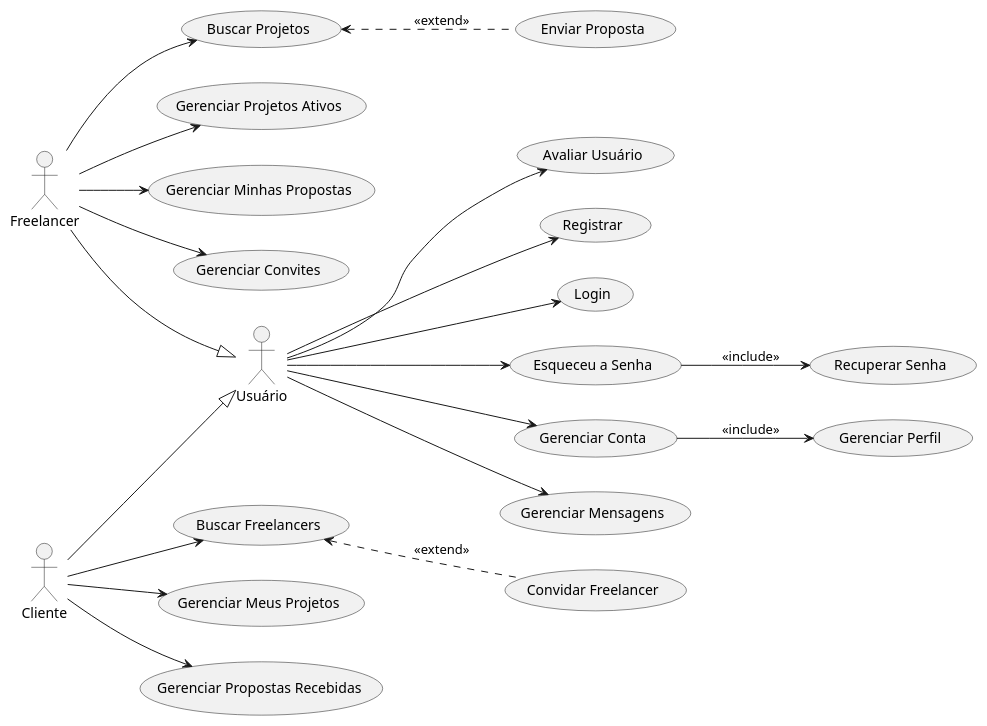
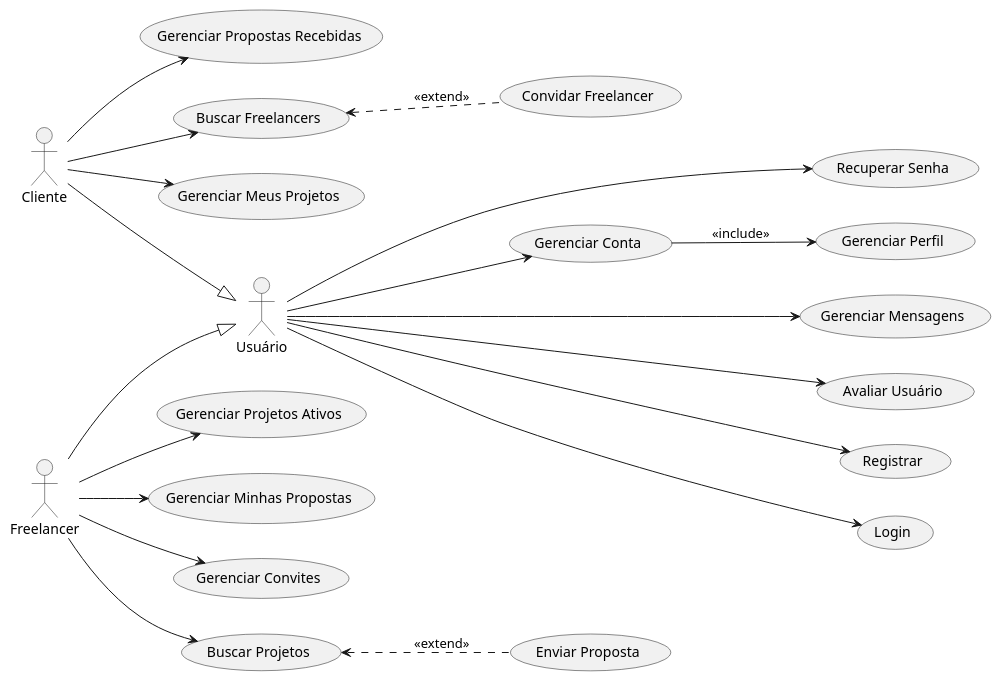
The diagram in docs/useCaseDiagram.puml (lucasneiva/armoredcode), drawn with PlantUML before and after one commit.

Commit message:
minor fix 2

```diff
--- a/docs/useCaseDiagram.puml
+++ b/docs/useCaseDiagram.puml
@@ -1,55 +1,53 @@
 @startuml usecase diagram
 left to right direction
 
 actor Usuário as User
+actor Cliente
 actor Freelancer
-actor Cliente
+
 
 usecase "Registrar" as UC_Registrar
 usecase "Login" as UC_Login
-usecase "Esqueceu a Senha" as UC_EsqueceuSenha
 usecase "Recuperar Senha" as UC_RecuperarSenha
 usecase "Gerenciar Conta" as UC_GerenciarConta
 usecase "Gerenciar Mensagens" as UC_GerenciarMensagens
 usecase "Avaliar Usuário" as UC_AvaliarUsuario
 
 usecase "Gerenciar Perfil" as UC_GerenciarPerfil
 
 usecase "Enviar Proposta" as UC_EnviarProposta
 usecase "Buscar Projetos" as UC_BuscarProjetos
 usecase "Gerenciar Projetos Ativos" as UC_GPA
 usecase "Gerenciar Minhas Propostas" as UC_GMPropostas
 usecase "Gerenciar Convites" as UC_GerenciarConvites
 
-
 usecase "Gerenciar Meus Projetos" as UC_GMProjetos
 usecase "Gerenciar Propostas Recebidas" as UC_GPR
 usecase "Convidar Freelancer" as UC_ConvidarFreelancer
 usecase "Buscar Freelancers" as UC_BuscarFreelancers
 
+User ---> UC_AvaliarUsuario
 User --> UC_GerenciarConta
-User --> UC_Login
-User --> UC_EsqueceuSenha
-User --> UC_Registrar
-User --> UC_GerenciarMensagens
-User --> UC_AvaliarUsuario
+User ---> UC_GerenciarMensagens
+User ---> UC_Login
+User ---> UC_RecuperarSenha
+User ---> UC_Registrar
 
 Cliente --|> User
 Freelancer --|> User
 
-UC_EsqueceuSenha --> UC_RecuperarSenha : <<include>>
 UC_GerenciarConta --> UC_GerenciarPerfil : <<include>>
 
 UC_BuscarFreelancers <.. UC_ConvidarFreelancer : <<extend>>  
 UC_BuscarProjetos <.. UC_EnviarProposta : <<extend>>
 
 Freelancer --> UC_BuscarProjetos
 Freelancer --> UC_GerenciarConvites
 Freelancer --> UC_GPA
 Freelancer --> UC_GMPropostas
 
 Cliente --> UC_BuscarFreelancers
 Cliente --> UC_GMProjetos
 Cliente --> UC_GPR
 
 @enduml 
```
